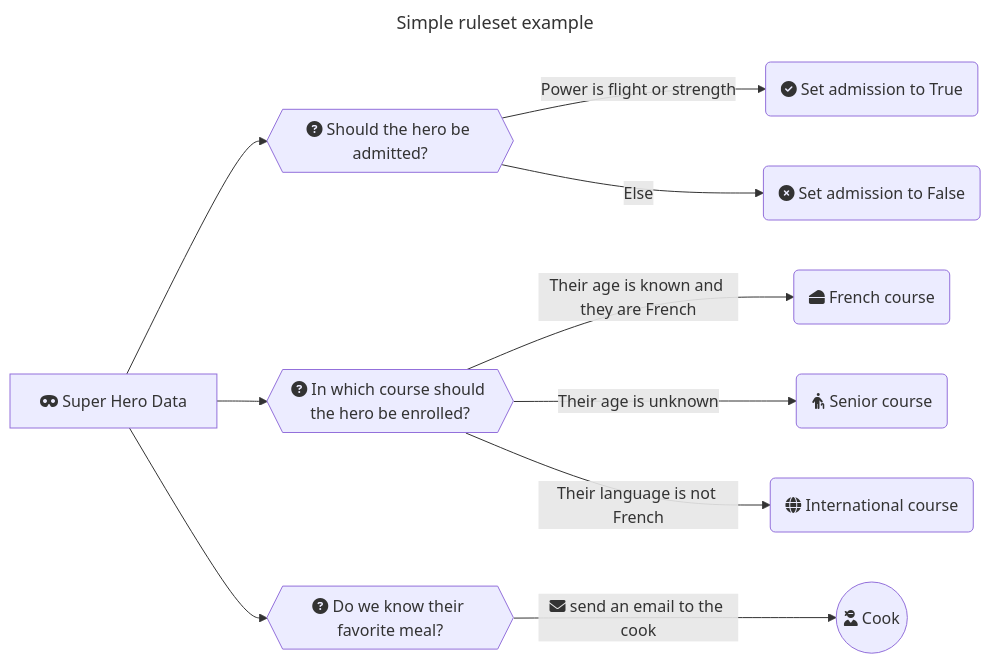
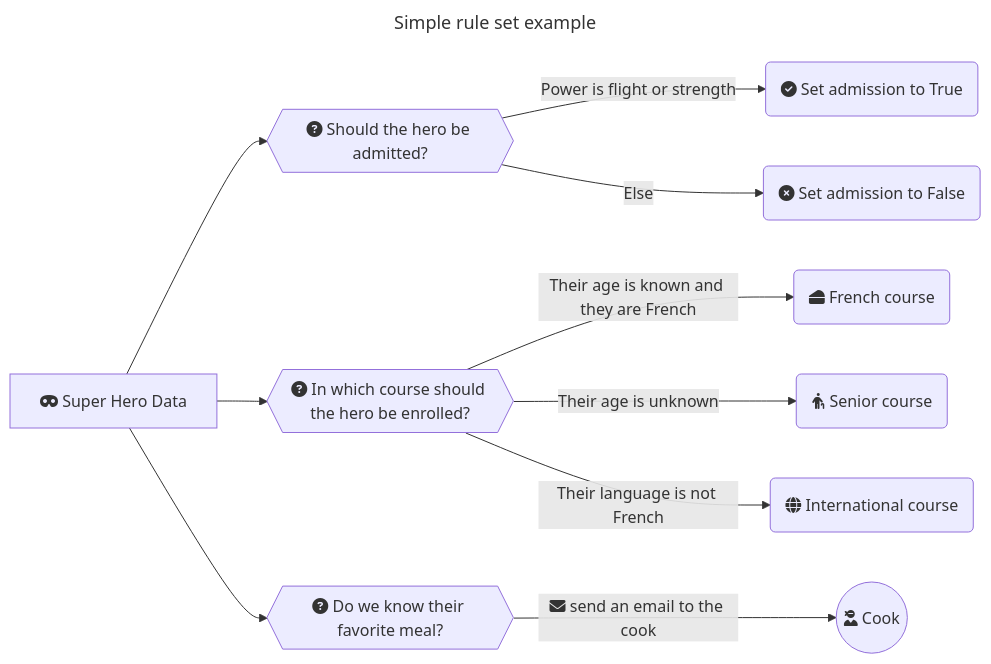
The diagram in docs/pages/a_simple_example.md (MAIF/arta), drawn with Mermaid before and after one commit. The commit also changed 6 other files, not shown here.

````diff
--- a/docs/pages/a_simple_example.md
+++ b/docs/pages/a_simple_example.md
@@ -18,28 +18,28 @@
 ``` mermaid
 ---
-title: Simple ruleset example
+title: Simple rule set example
 ---
 flowchart LR
     input[fa:fa-mask Super Hero Data ]
     power{{fa:fa-circle-question Should the hero be admitted?}}
     admission_true(fa:fa-circle-check Set admission to True)
     admission_false(fa:fa-circle-xmark Set admission to False)
     course{{fa:fa-circle-question In which course should the hero be enrolled?}}
     meal{{fa:fa-circle-question Do we know their favorite meal?}}
     course_french(fa:fa-cheese French course)
     course_senior(fa:fa-person-cane Senior course)
     course_international(fa:fa-globe International course)
     cook((fa:fa-user-ninja Cook))
 
 
 input --> power
 input --> course
 input --> meal
 power -- Power is flight or strength --> admission_true
 power -- Else --> admission_false
 course -- Their age is known and they are French --> course_french
 course -- Their age is unknown --> course_senior
 course -- Their language is not French --> course_international
 meal -- fa:fa-envelope send an email to the cook --> cook
 
 ```
````
